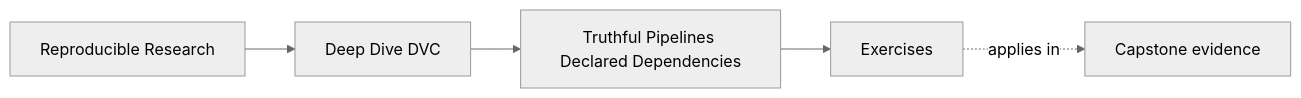
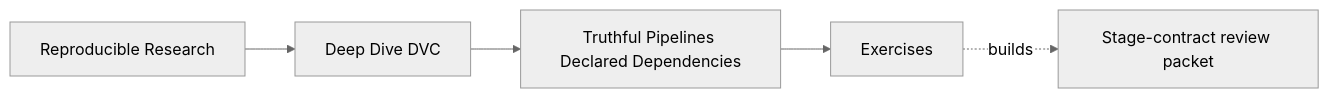
One commit to bijux/bijux-masterclass changed the first of 3 diagrams in programs/reproducible-research/deep-dive-dvc/course-book/module-04-truthful-pipelines-declared-dependencies/exercises.md. Above: the diagram before and after it, drawn with Mermaid (neutral theme). The commit also changed other lines of this file, not shown here.

Commit message:
docs(dvc): make stage contract practice evidence driven

````diff
--- a/programs/reproducible-research/deep-dive-dvc/course-book/module-04-truthful-pipelines-declared-dependencies/exercises.md
+++ b/programs/reproducible-research/deep-dive-dvc/course-book/module-04-truthful-pipelines-declared-dependencies/exercises.md
@@ -7,11 +6,11 @@
 ```mermaid
 graph LR
   family["Reproducible Research"]
   program["Deep Dive DVC"]
   section["Truthful Pipelines Declared Dependencies"]
   page["Exercises"]
-  capstone["Capstone evidence"]
+  packet["Stage-contract review packet"]
 
   family --> program --> section --> page
-  page -.applies in.-> capstone
+  page -.builds.-> packet
 ```
````
